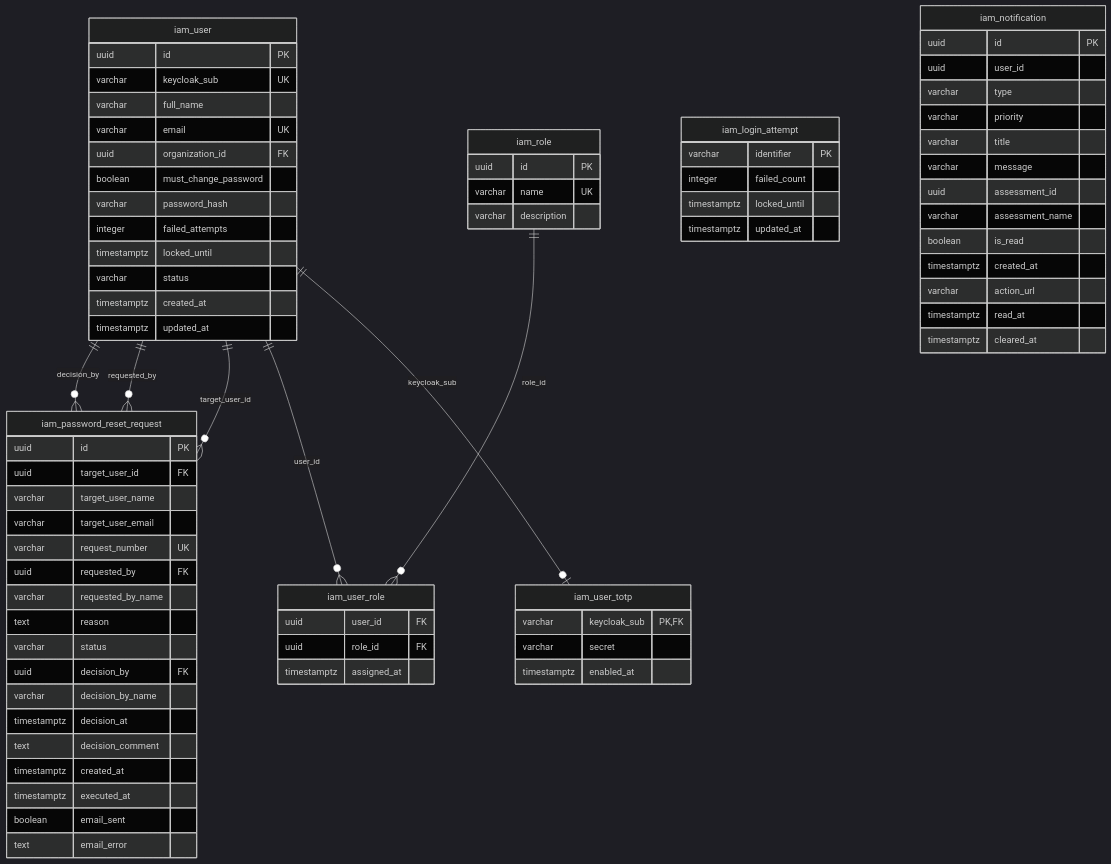
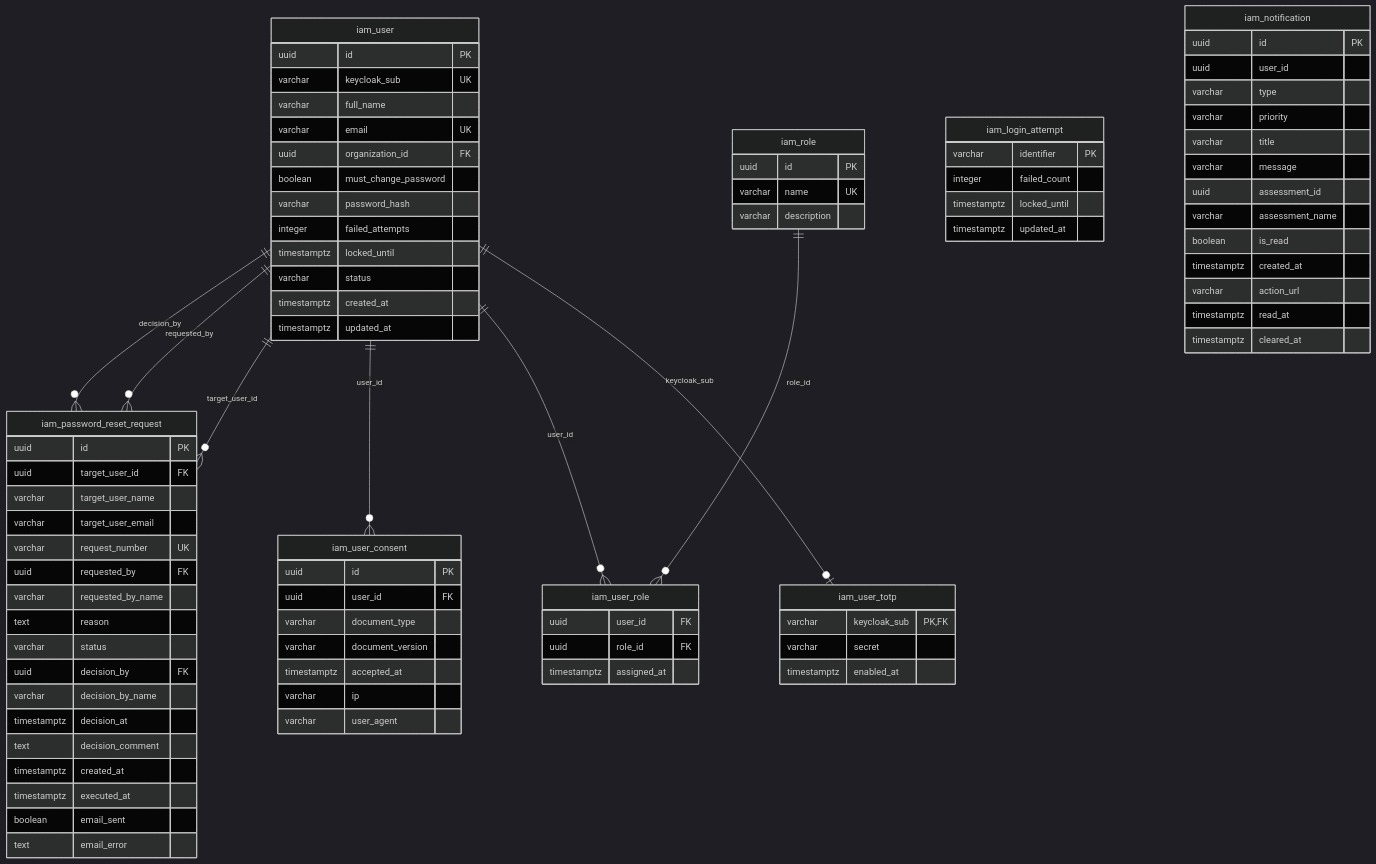
The second of 9 diagrams in Documentacion-General/Modelo-Datos-MER.md (jdtovar07/MSPI_NVA_CO_DOCS), drawn with Mermaid (dark theme) before and after one commit. The commit also changed other lines of this file and 14 other files, not shown here.

First line of the commit message:
docs(legal): document consent table MER and acceptance flow

````diff
--- a/Documentacion-General/Modelo-Datos-MER.md
+++ b/Documentacion-General/Modelo-Datos-MER.md
@@ -122,6 +123,7 @@
   iam_user ||--o{ iam_password_reset_request : "decision_by"
   iam_user ||--o{ iam_password_reset_request : "requested_by"
   iam_user ||--o{ iam_password_reset_request : "target_user_id"
+  iam_user ||--o{ iam_user_consent : "user_id"
   iam_role ||--o{ iam_user_role : "role_id"
   iam_user ||--o{ iam_user_role : "user_id"
   iam_user ||--o| iam_user_totp : "keycloak_sub"
@@ -194,4 +196,13 @@
     varchar secret
     timestamptz enabled_at
   }
+  iam_user_consent {
+    uuid id PK
+    uuid user_id FK
+    varchar document_type
+    varchar document_version
+    timestamptz accepted_at
+    varchar ip
+    varchar user_agent
+  }
 ```
````
